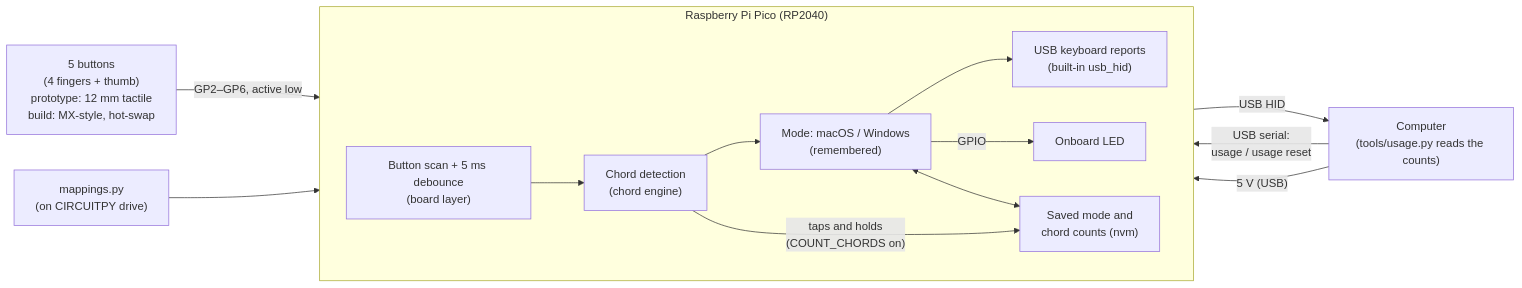
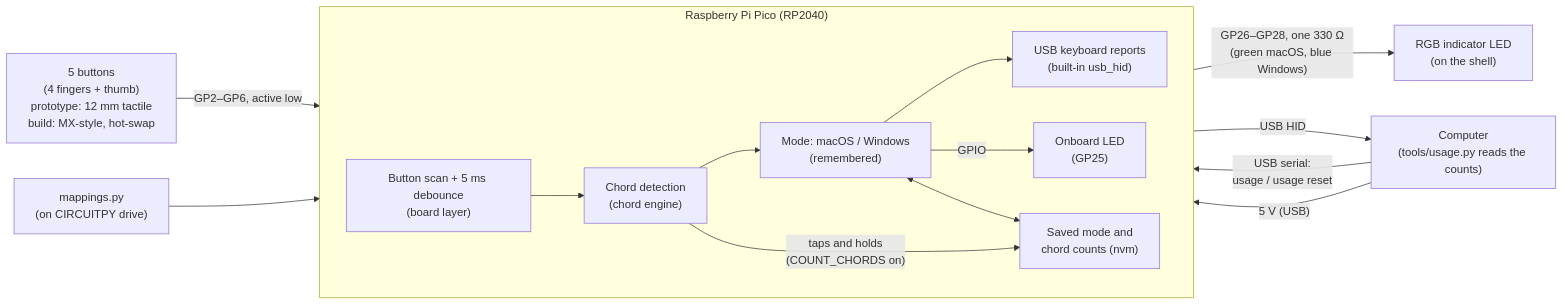
Before and after one commit to malkam03/handful: the first of 2 diagrams in docs/architecture.md, drawn with Mermaid. The commit also changed other lines of this file and 6 other files, not shown here.

First line of the commit message:
Add an RGB indicator LED on GP26–GP28 for the grip shell

````diff
--- a/docs/architecture.md
+++ b/docs/architecture.md
@@ -13,25 +13,27 @@
 ```mermaid
 flowchart LR
     buttons["5 buttons<br/>(4 fingers + thumb)<br/>prototype: 12 mm tactile<br/>build: MX-style, hot-swap"]
     subgraph pico["Raspberry Pi Pico (RP2040)"]
         direction LR
         scan["Button scan + 5 ms debounce<br/>(board layer)"]
         chord["Chord detection<br/>(chord engine)"]
         mode["Mode: macOS / Windows<br/>(remembered)"]
         hid["USB keyboard reports<br/>(built-in usb_hid)"]
-        led["Onboard LED"]
+        led["Onboard LED<br/>(GP25)"]
         scan --> chord --> mode --> hid
         mode -- GPIO --> led
         nvm["Saved mode and<br/>chord counts (nvm)"]
         mode <--> nvm
         chord -- "taps and holds<br/>(COUNT_CHORDS on)" --> nvm
     end
     config["mappings.py<br/>(on CIRCUITPY drive)"]
+    rgb["RGB indicator LED<br/>(on the shell)"]
     host["Computer<br/>(tools/usage.py reads the counts)"]
 
     buttons -- "GP2–GP6, active low" --> scan
+    mode -- "GP26–GP28, one 330 Ω<br/>(green macOS, blue Windows)" --> rgb
     config --> mode
     hid -- USB HID --> host
     host -- "USB serial:<br/>usage / usage reset" --> nvm
     host -- "5 V (USB)" --> pico
 ```
````
